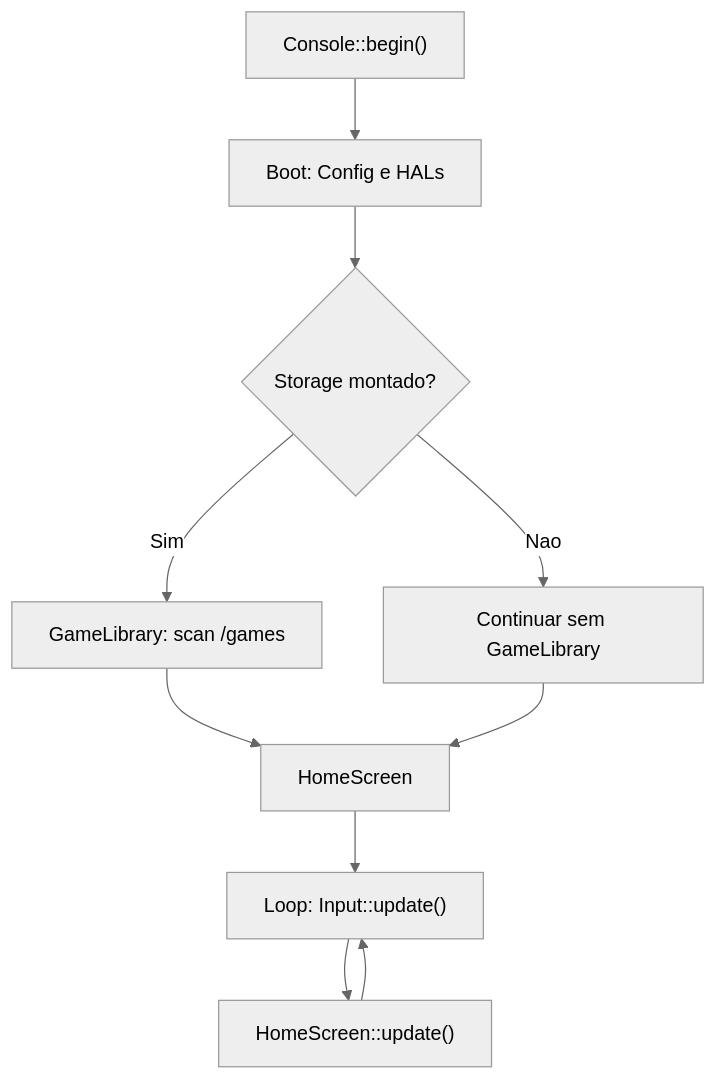
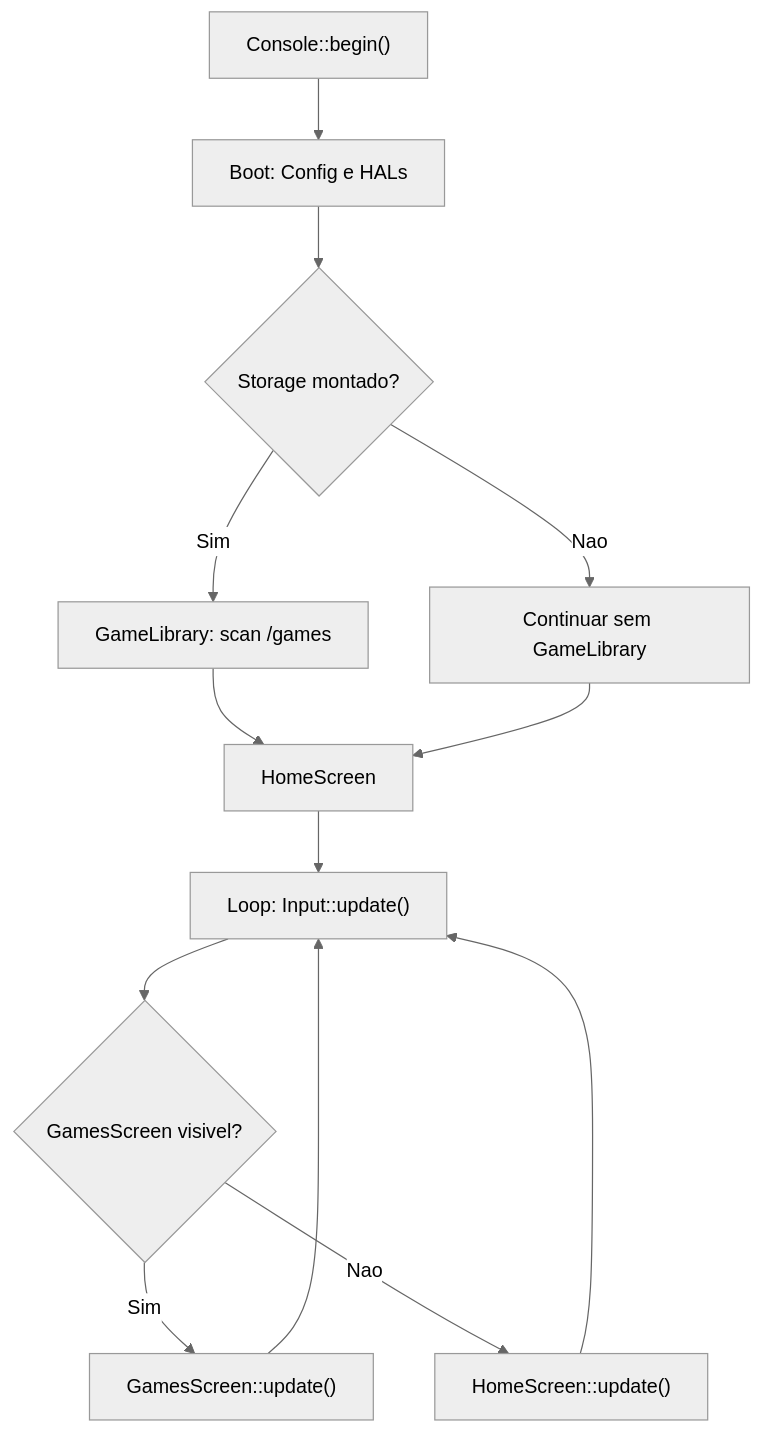
The second of 3 diagrams in README.md (AlisonSimiao/micro-console), drawn with Mermaid (neutral theme) before and after one commit. The commit also changed other lines of this file and 5 other files, not shown here.

````diff
--- a/README.md
+++ b/README.md
@@ -103,12 +110,15 @@
 ```mermaid
 flowchart TD
     A["Console::begin()"] --> B["Boot: Config e HALs"]
     B --> C{"Storage montado?"}
     C -->|Sim| D["GameLibrary: scan /games"]
     C -->|Nao| E["Continuar sem GameLibrary"]
     D --> F["HomeScreen"]
     E --> F
     F --> G["Loop: Input::update()"]
-    G --> H["HomeScreen::update()"]
-    H --> G
+    G --> H{"GamesScreen visivel?"}
+    H -->|Sim| I["GamesScreen::update()"]
+    H -->|Nao| J["HomeScreen::update()"]
+    I --> G
+    J --> G
 ```
````
